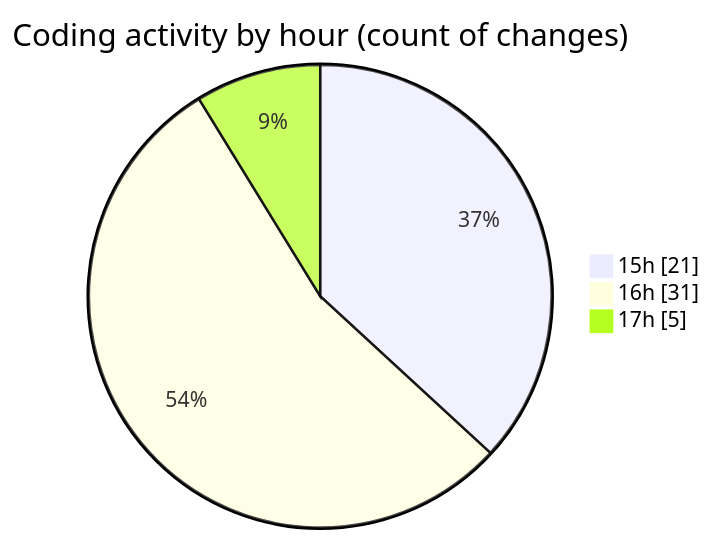
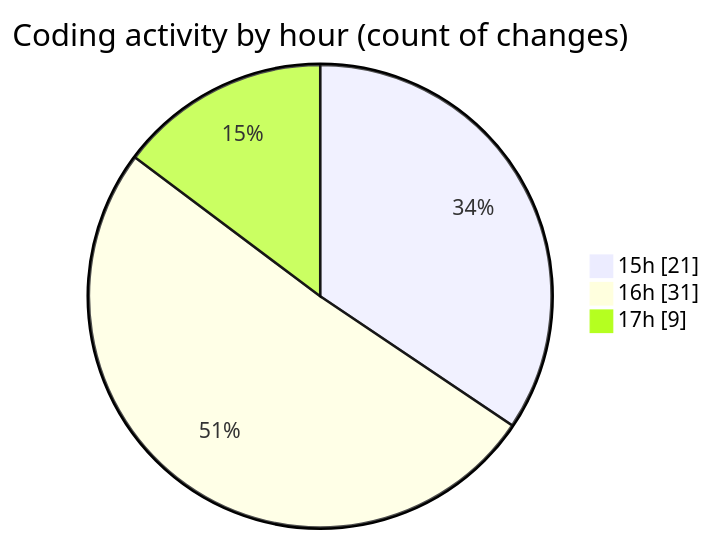
The second of 2 diagrams in 2025-01-26/results-summary-component-main/README.md (NitaiMahat/code-tracking), drawn with Mermaid before and after one commit. The commit also changed other lines of this file and 1 other file, not shown here.

````diff
--- a/2025-01-26/results-summary-component-main/README.md
+++ b/2025-01-26/results-summary-component-main/README.md
@@ -30,7 +30,7 @@
 ```mermaid
 pie showData
 title Coding activity by hour (count of changes)
 "15h" : 21
 "16h" : 31
-"17h" : 5
+"17h" : 9
 ```
````
